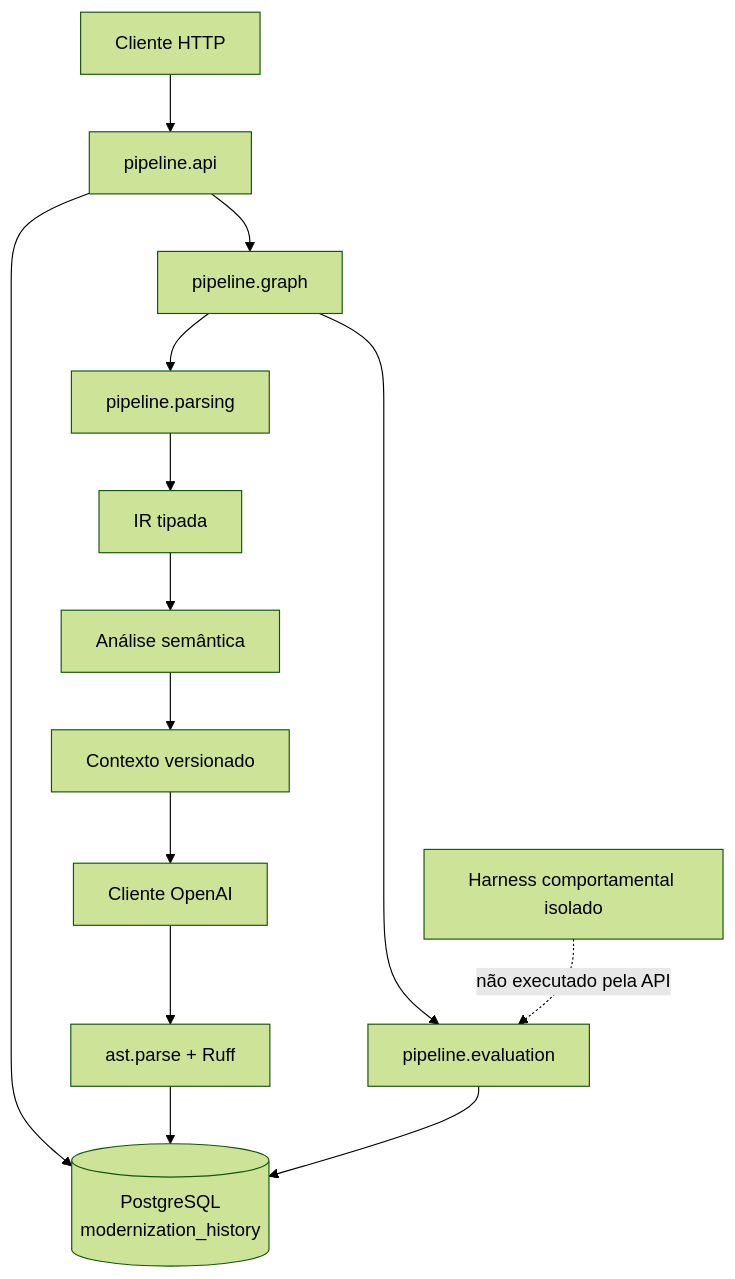
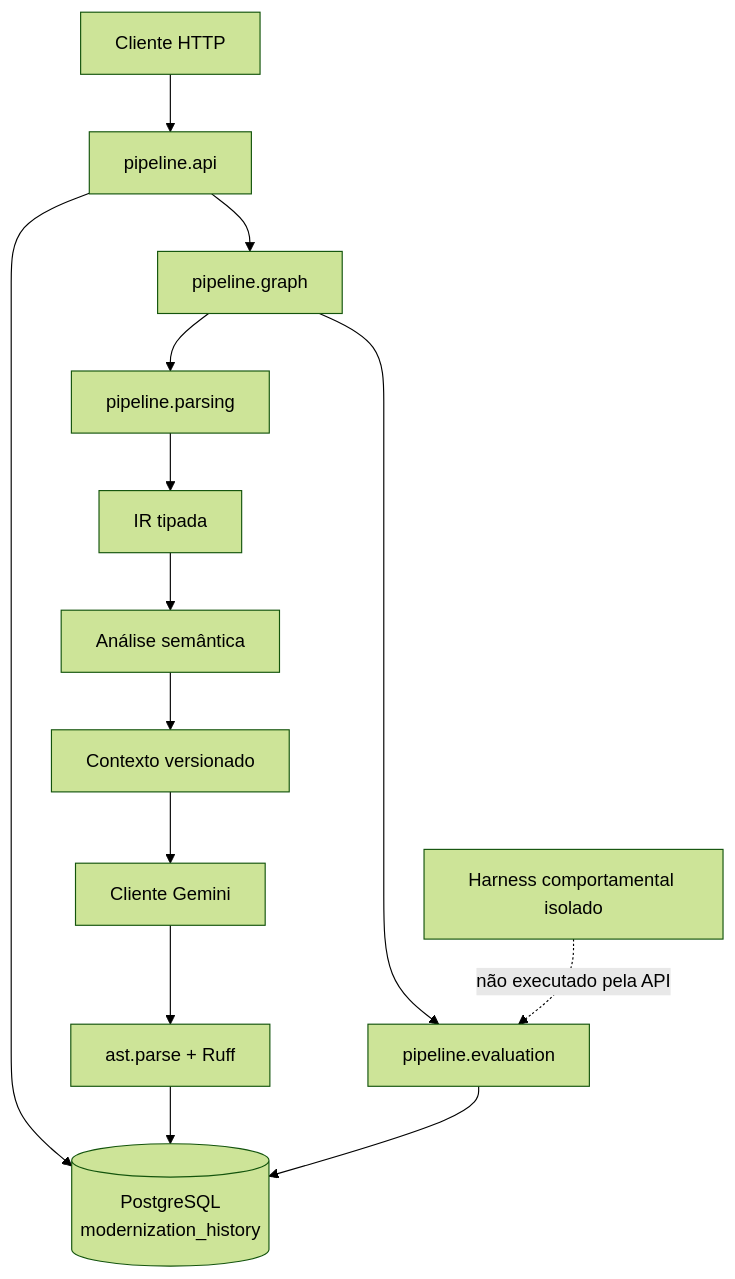
The second of 2 diagrams in docs/architecture.md (enoGuarana/pipeline-hibrido-modernizacao-sql-python), drawn with Mermaid (forest theme) before and after one commit. The commit also changed 26 other files, not shown here.

````diff
--- a/docs/architecture.md
+++ b/docs/architecture.md
@@ -32,16 +32,16 @@
 ```mermaid
 flowchart TB
     Client[Cliente HTTP] --> API[pipeline.api]
     API --> History[(PostgreSQL<br/>modernization_history)]
     API --> Graph[pipeline.graph]
     Graph --> Parse[pipeline.parsing]
     Parse --> IR[IR tipada]
     IR --> Analysis[Análise semântica]
     Analysis --> Prompt[Contexto versionado]
-    Prompt --> Provider[Cliente OpenAI]
+    Prompt --> Provider[Cliente Gemini]
     Provider --> Validation[ast.parse + Ruff]
     Validation --> History
     Graph --> Evaluation[pipeline.evaluation]
     Evaluation --> History
     Isolated[Harness comportamental isolado] -.não executado pela API.-> Evaluation
 ```
````
